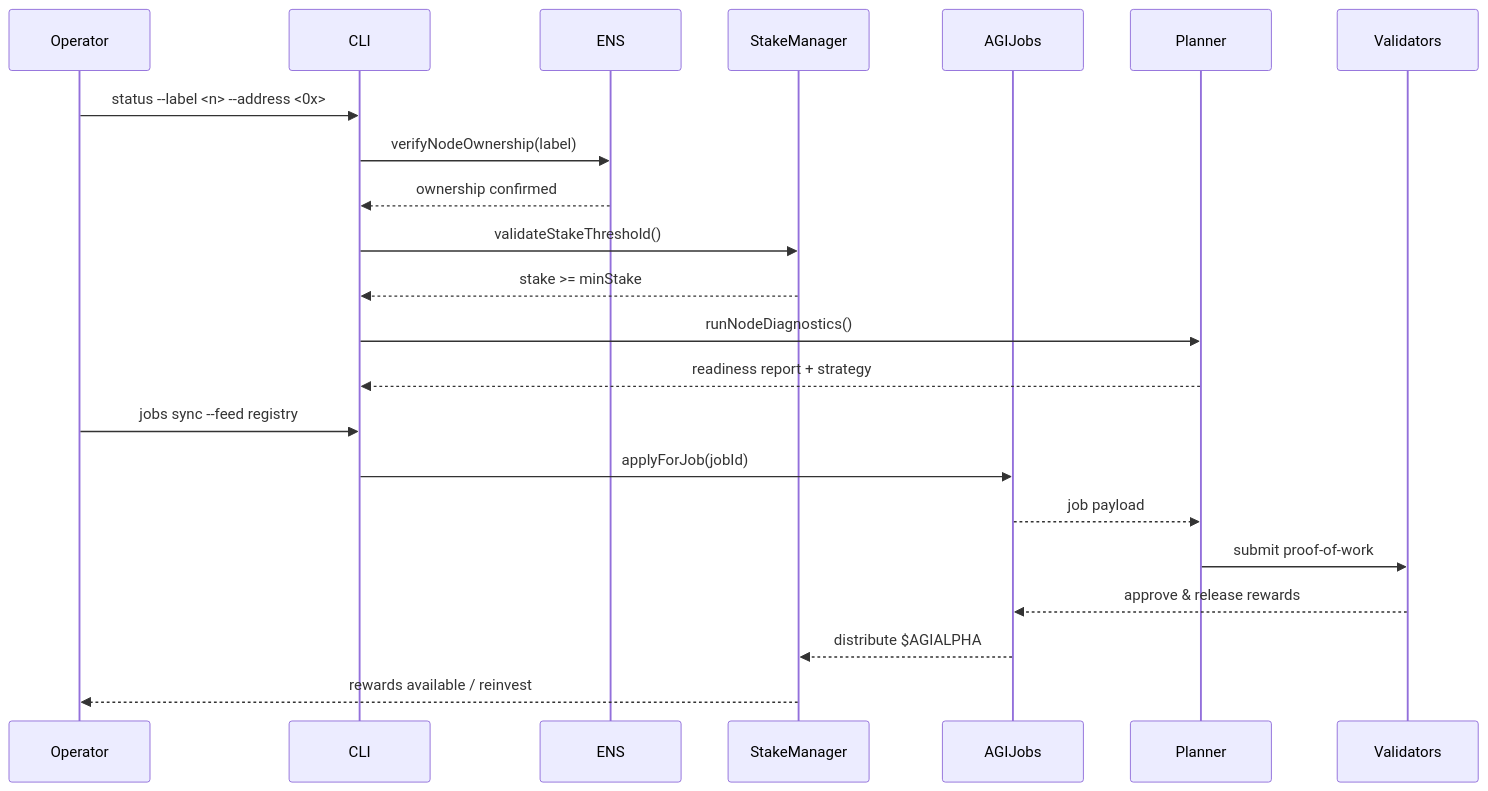
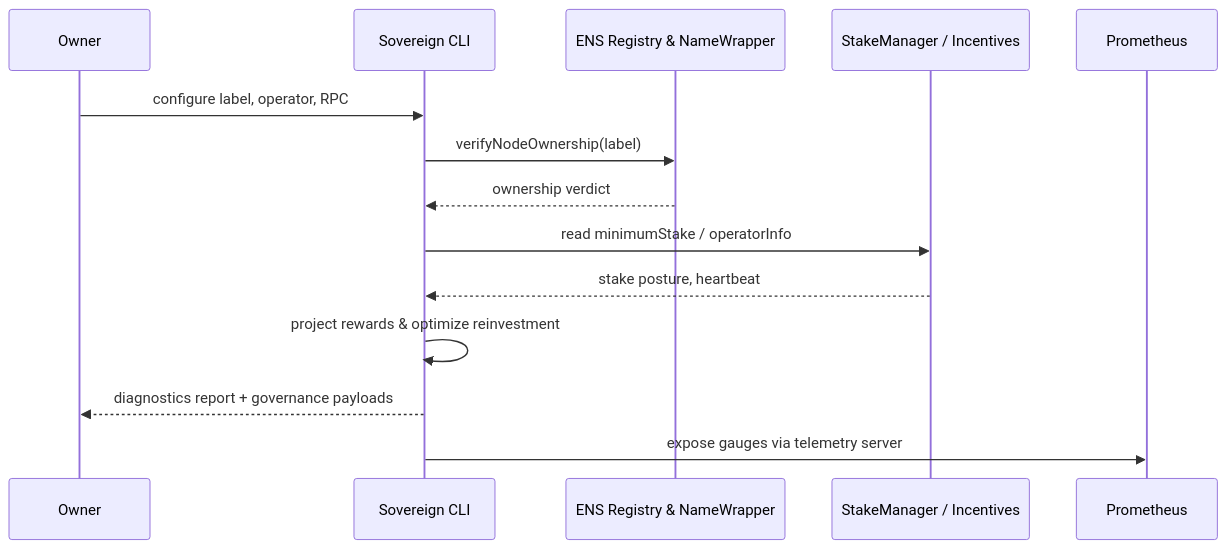
The second of 3 diagrams in README.md (MontrealAI/AGI-Alpha-Node-v0), drawn with Mermaid before and after one commit. The commit also changed other lines of this file, not shown here.

````diff
--- a/README.md
+++ b/README.md
@@ -161,25 +186,17 @@
 ```mermaid
 sequenceDiagram
-    participant Operator
-    participant CLI
-    participant ENS
-    participant StakeManager
-    participant AGIJobs
-    participant Planner
-    participant Validators
+    participant Owner
+    participant CLI as Sovereign CLI
+    participant ENS as ENS Registry & NameWrapper
+    participant Stake as StakeManager / Incentives
+    participant Metrics as Prometheus
 
-    Operator->>CLI: status --label <n> --address <0x>
+    Owner->>CLI: configure label, operator, RPC
     CLI->>ENS: verifyNodeOwnership(label)
-    ENS-->>CLI: ownership confirmed
-    CLI->>StakeManager: validateStakeThreshold()
-    StakeManager-->>CLI: stake >= minStake
-    CLI->>Planner: runNodeDiagnostics()
-    Planner-->>CLI: readiness report + strategy
-    Operator->>CLI: jobs sync --feed registry
-    CLI->>AGIJobs: applyForJob(jobId)
-    AGIJobs-->>Planner: job payload
-    Planner->>Validators: submit proof-of-work
-    Validators-->>AGIJobs: approve & release rewards
-    AGIJobs-->>StakeManager: distribute $AGIALPHA
-    StakeManager-->>Operator: rewards available / reinvest
+    ENS-->>CLI: ownership verdict
+    CLI->>Stake: read minimumStake / operatorInfo
+    Stake-->>CLI: stake posture, heartbeat
+    CLI->>CLI: project rewards & optimize reinvestment
+    CLI-->>Owner: diagnostics report + governance payloads
+    CLI->>Metrics: expose gauges via telemetry server
 ```
````
